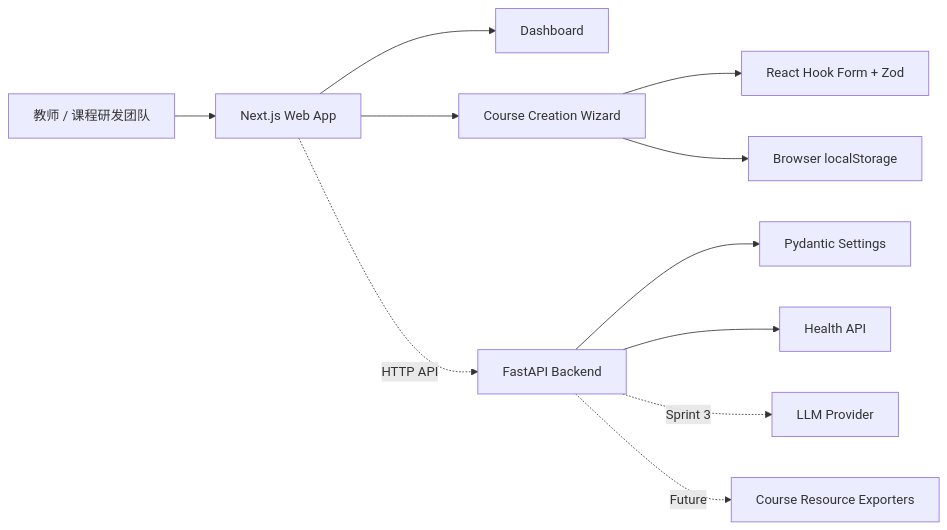
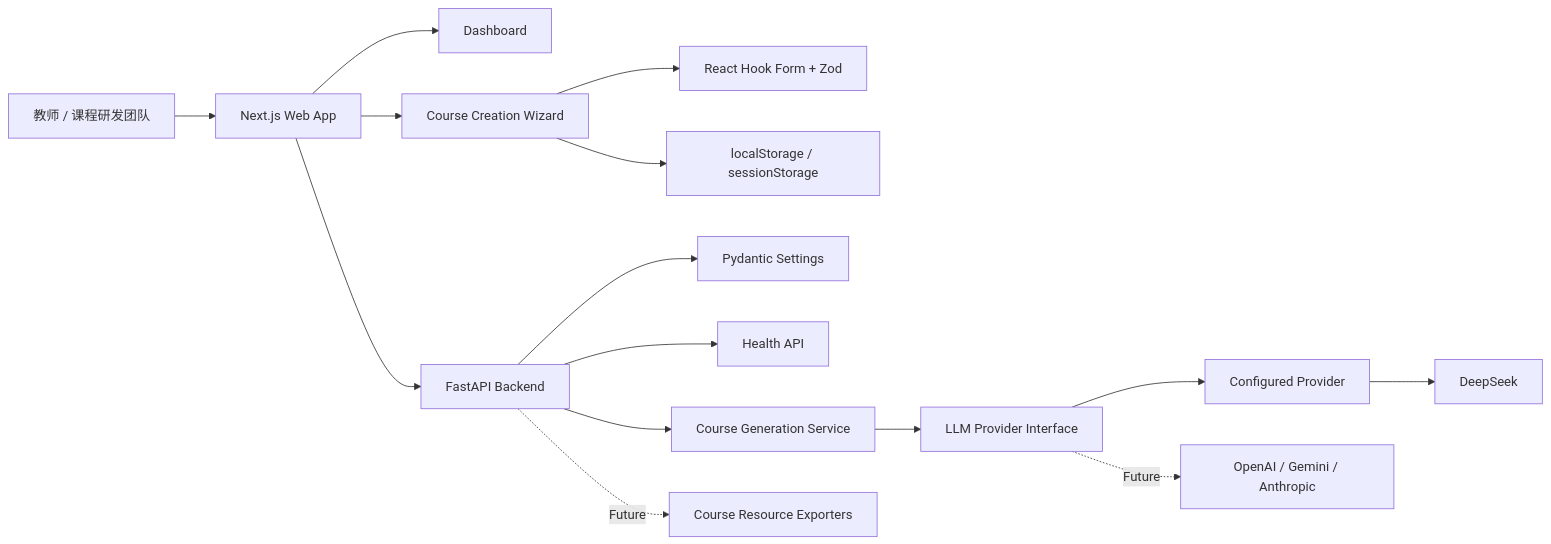
The diagram in README.md (RyanBao9527/eduflow-ai), drawn with Mermaid before and after one commit. The commit also changed other lines of this file, not shown here.

Commit message:
docs: document Sprint 3 LLM configuration

````diff
--- a/README.md
+++ b/README.md
@@ -55,13 +59,17 @@
 ```mermaid
 flowchart LR
     U["教师 / 课程研发团队"] --> W["Next.js Web App"]
     W --> D["Dashboard"]
     W --> C["Course Creation Wizard"]
     C --> V["React Hook Form + Zod"]
-    C --> L["Browser localStorage"]
-    W -. "HTTP API" .-> A["FastAPI Backend"]
+    C --> L["localStorage / sessionStorage"]
+    W --> A["FastAPI Backend"]
     A --> P["Pydantic Settings"]
     A --> H["Health API"]
-    A -. "Sprint 3" .-> M["LLM Provider"]
+    A --> S["Course Generation Service"]
+    S --> I["LLM Provider Interface"]
+    I --> M["Configured Provider"]
+    M --> DS["DeepSeek"]
+    I -. "Future" .-> O["OpenAI / Gemini / Anthropic"]
     A -. "Future" .-> E["Course Resource Exporters"]
 ```
````
